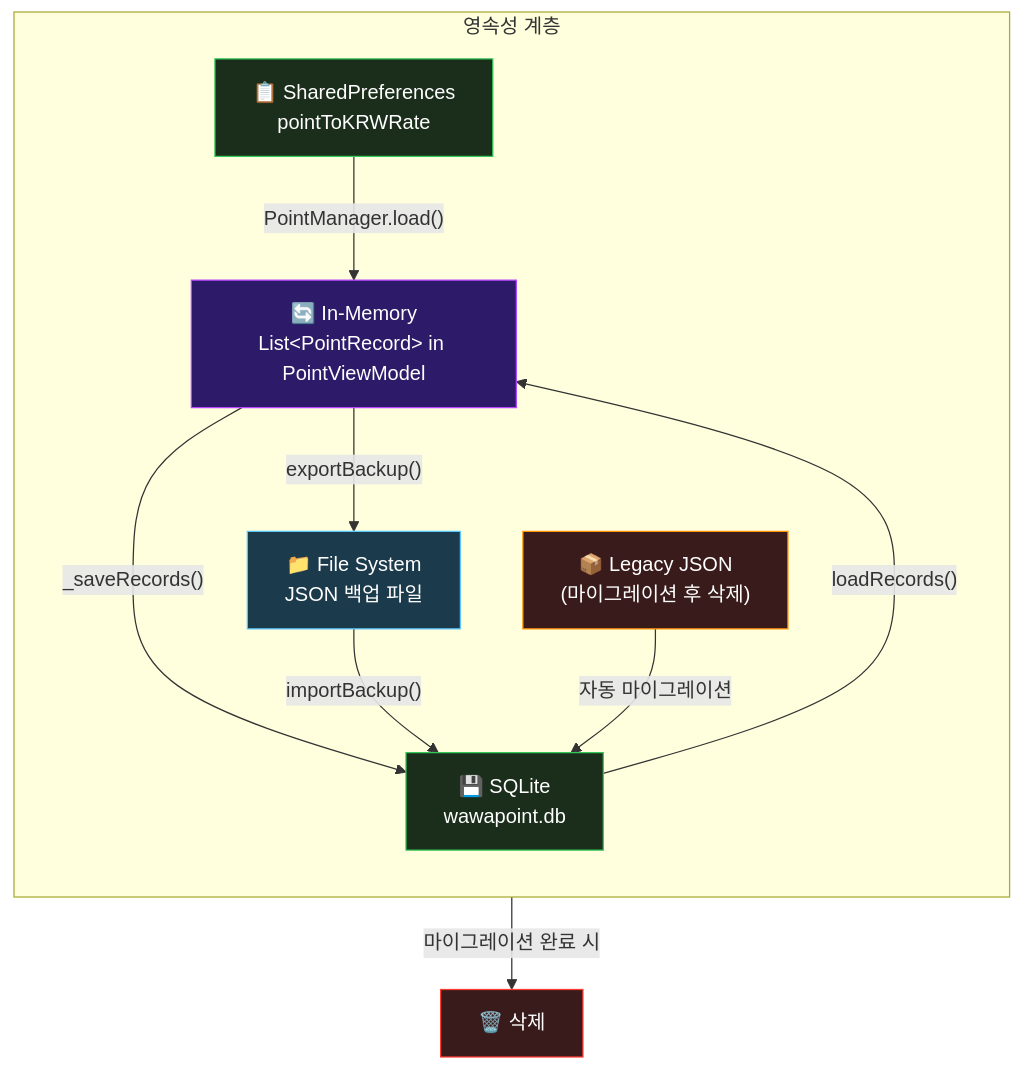
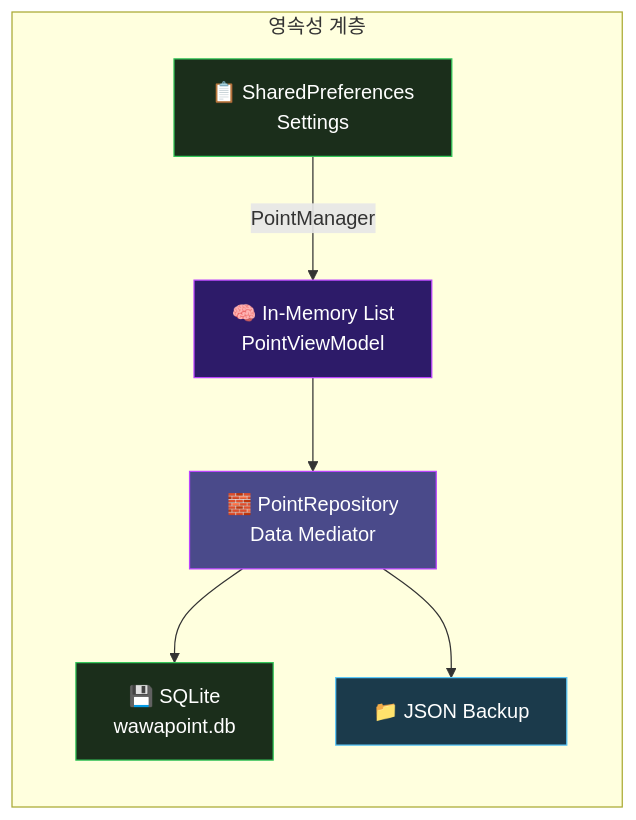
Before and after one commit to goodsw4all/wawapoint_flutter: diagram 14 of 18 in docs/ARCHITECTURE.md, drawn with Mermaid. The commit also changed other lines of this file and 8 other files, not shown here.

Commit message:
feat: Introduce dedicated view models and a point repository to enhance application architecture and state management.

````diff
--- a/docs/ARCHITECTURE.md
+++ b/docs/ARCHITECTURE.md
@@ -979,26 +954,22 @@
 ```mermaid
 graph TB
     subgraph "영속성 계층"
         direction TB
-        L1["🔄 In-Memory<br/>List&lt;PointRecord&gt; in PointViewModel"]
+        L1["🧠 In-Memory List<br/>PointViewModel"]
+        LR["🧱 PointRepository<br/>Data Mediator"]
         L2["💾 SQLite<br/>wawapoint.db"]
-        L3["📋 SharedPreferences<br/>pointToKRWRate"]
-        L4["📁 File System<br/>JSON 백업 파일"]
-        L5["📦 Legacy JSON<br/>(마이그레이션 후 삭제)"]
+        L3["📋 SharedPreferences<br/>Settings"]
+        L4["📁 JSON Backup"]
     end
 
-    L1 -->|"_saveRecords()"| L2
-    L2 -->|"loadRecords()"| L1
-    L3 -->|"PointManager.load()"| L1
-    L1 -->|"exportBackup()"| L4
-    L4 -->|"importBackup()"| L2
-    L5 -->|"자동 마이그레이션"| L2
-    L5 -->|"마이그레이션 완료 시"| X["🗑️ 삭제"]
+    L1 --> LR
+    LR --> L2
+    LR --> L4
+    L3 -->|"PointManager"| L1
 
     style L1 fill:#2d1b69,stroke:#BB44FF,color:#fff
+    style LR fill:#4a4a8a,stroke:#BB44FF,color:#fff
     style L2 fill:#1b2e1b,stroke:#34C759,color:#fff
     style L3 fill:#1b2e1b,stroke:#34C759,color:#fff
     style L4 fill:#1b3a4b,stroke:#5AC8FA,color:#fff
-    style L5 fill:#3a1b1b,stroke:#FF9500,color:#fff
-    style X fill:#3a1b1b,stroke:#FF3B30,color:#fff
 ```
````
